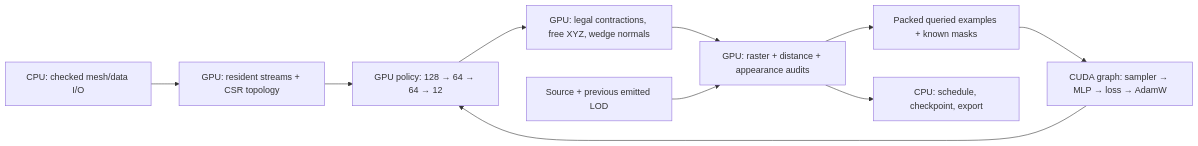
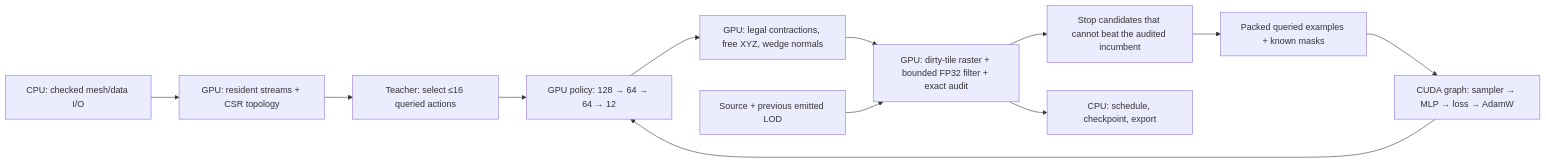
One commit to KacperSzw/BlitzRemesher changed the diagram in research/neural/GPU_REFACTOR.md. Above: the diagram before and after it, drawn with Mermaid. The commit also changed other lines of this file and 40 other files, not shown here.

````diff
--- a/research/neural/GPU_REFACTOR.md
+++ b/research/neural/GPU_REFACTOR.md
@@ -8,12 +8,14 @@
 ```mermaid
 flowchart LR
     IO["CPU: checked mesh/data I/O"] --> M["GPU: resident streams + CSR topology"]
-    M --> P["GPU policy: 128 → 64 → 64 → 12"]
+    M --> Q["Teacher: select ≤16 queried actions"]
+    Q --> P["GPU policy: 128 → 64 → 64 → 12"]
     P --> G["GPU: legal contractions, free XYZ, wedge normals"]
-    G --> A["GPU: raster + distance + appearance audits"]
+    G --> A["GPU: dirty-tile raster + bounded FP32 filter + exact audit"]
+    A --> C["Stop candidates that cannot beat the audited incumbent"]
     S["Source + previous emitted LOD"] --> A
-    A --> D["Packed queried examples + known masks"]
+    C --> D["Packed queried examples + known masks"]
     D --> U["CUDA graph: sampler → MLP → loss → AdamW"]
     U --> P
     A --> E["CPU: schedule, checkpoint, export"]
 ```
````
